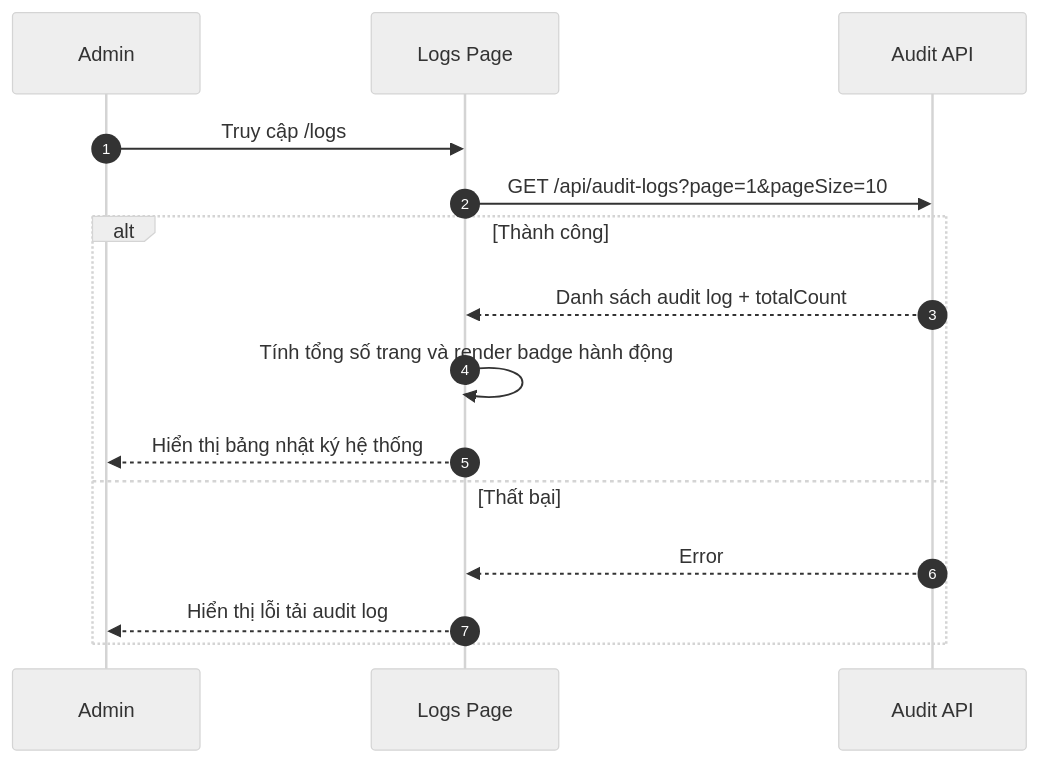
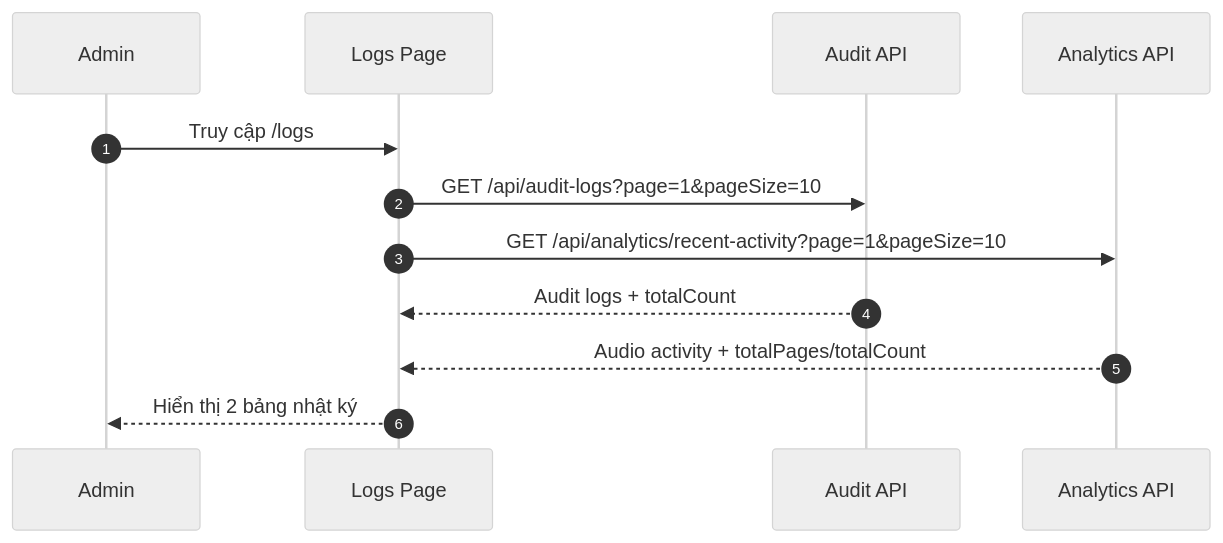
Diagram 15 of 24 in docs/sequence/flow-admin.md (sangnp-s-organiztion/food-market-narrator), drawn with Mermaid (neutral theme) before and after one commit. The commit also changed other lines of this file and 3 other files, not shown here.

Commit message:
cập nhật flow-admin

````diff
--- a/docs/sequence/flow-admin.md
+++ b/docs/sequence/flow-admin.md
@@ -360,18 +312,15 @@
 ```mermaid
 sequenceDiagram
     autonumber
     participant U as Admin
     participant FE as Logs Page
     participant AUD as Audit API
+    participant ANA as Analytics API
 
     U->>FE: Truy cập /logs
     FE->>AUD: GET /api/audit-logs?page=1&pageSize=10
-    alt Thành công
-        AUD-->>FE: Danh sách audit log + totalCount
-        FE->>FE: Tính tổng số trang và render badge hành động
-        FE-->>U: Hiển thị bảng nhật ký hệ thống
-    else Thất bại
-        AUD-->>FE: Error
-        FE-->>U: Hiển thị lỗi tải audit log
-    end
+    FE->>ANA: GET /api/analytics/recent-activity?page=1&pageSize=10
+    AUD-->>FE: Audit logs + totalCount
+    ANA-->>FE: Audio activity + totalPages/totalCount
+    FE-->>U: Hiển thị 2 bảng nhật ký
 ```
````
